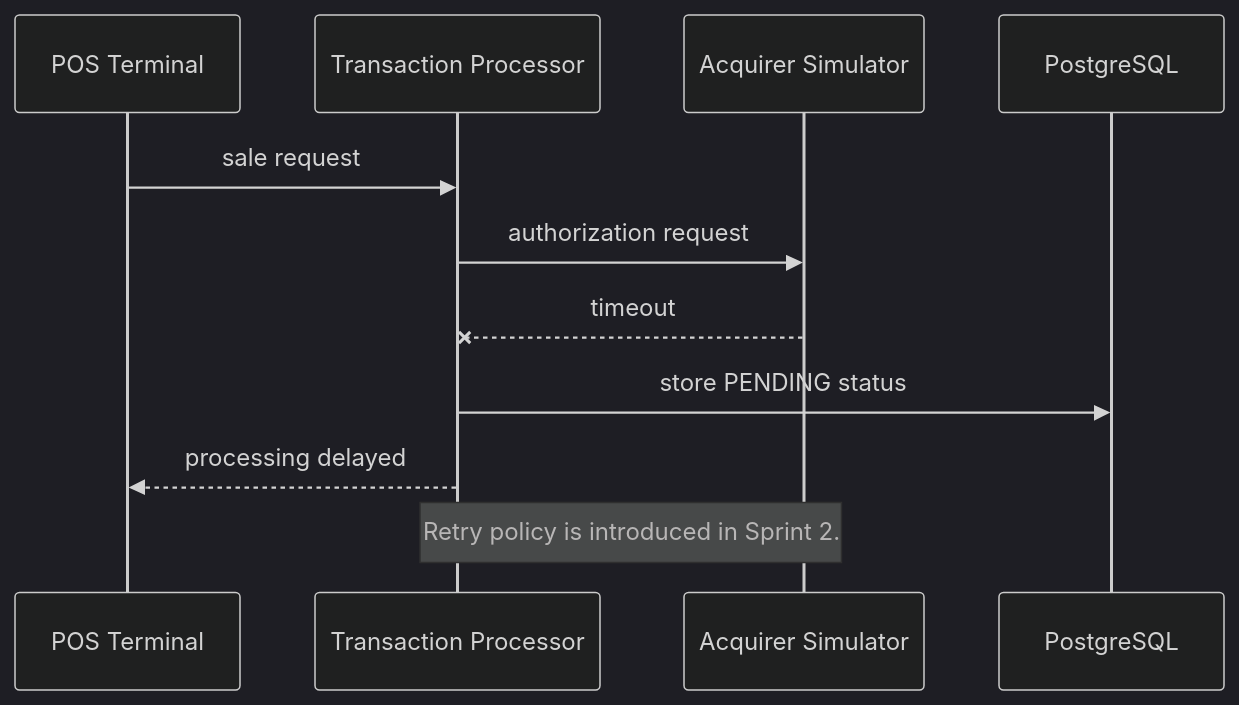
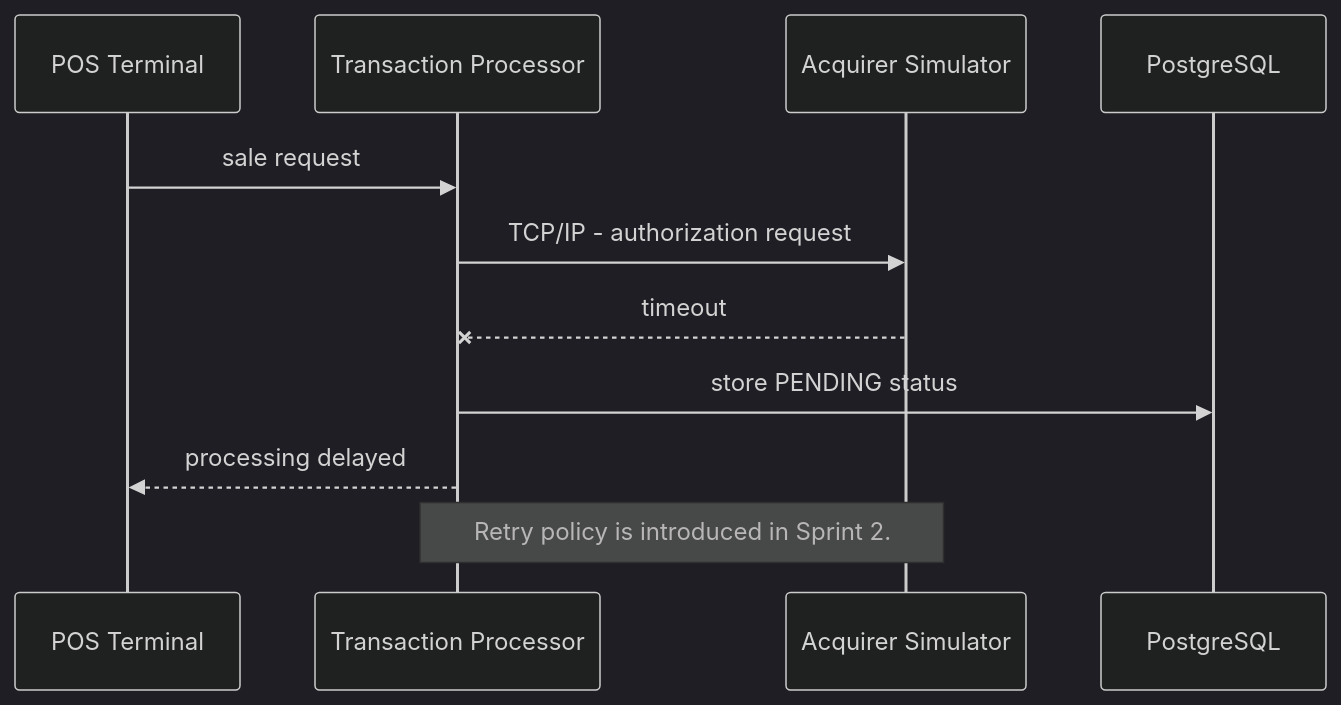
Before and after one commit to LucasBrovetto/financial-integration-platform: the third of 3 diagrams in docs/transaction-flow.md, drawn with Mermaid (dark theme). The commit also changed other lines of this file and 60 other files, not shown here.

````diff
--- a/docs/transaction-flow.md
+++ b/docs/transaction-flow.md
@@ -41,14 +41,14 @@
 ```mermaid
 sequenceDiagram
     participant POS as POS Terminal
     participant Processor as Transaction Processor
     participant Acquirer as Acquirer Simulator
     participant DB as PostgreSQL
 
     POS->>Processor: sale request
-    Processor->>Acquirer: authorization request
+    Processor->>Acquirer: TCP/IP - authorization request
     Acquirer--xProcessor: timeout
     Processor->>DB: store PENDING status
     Processor-->>POS: processing delayed
     Note over Processor,Acquirer: Retry policy is introduced in Sprint 2.
 ```
````
